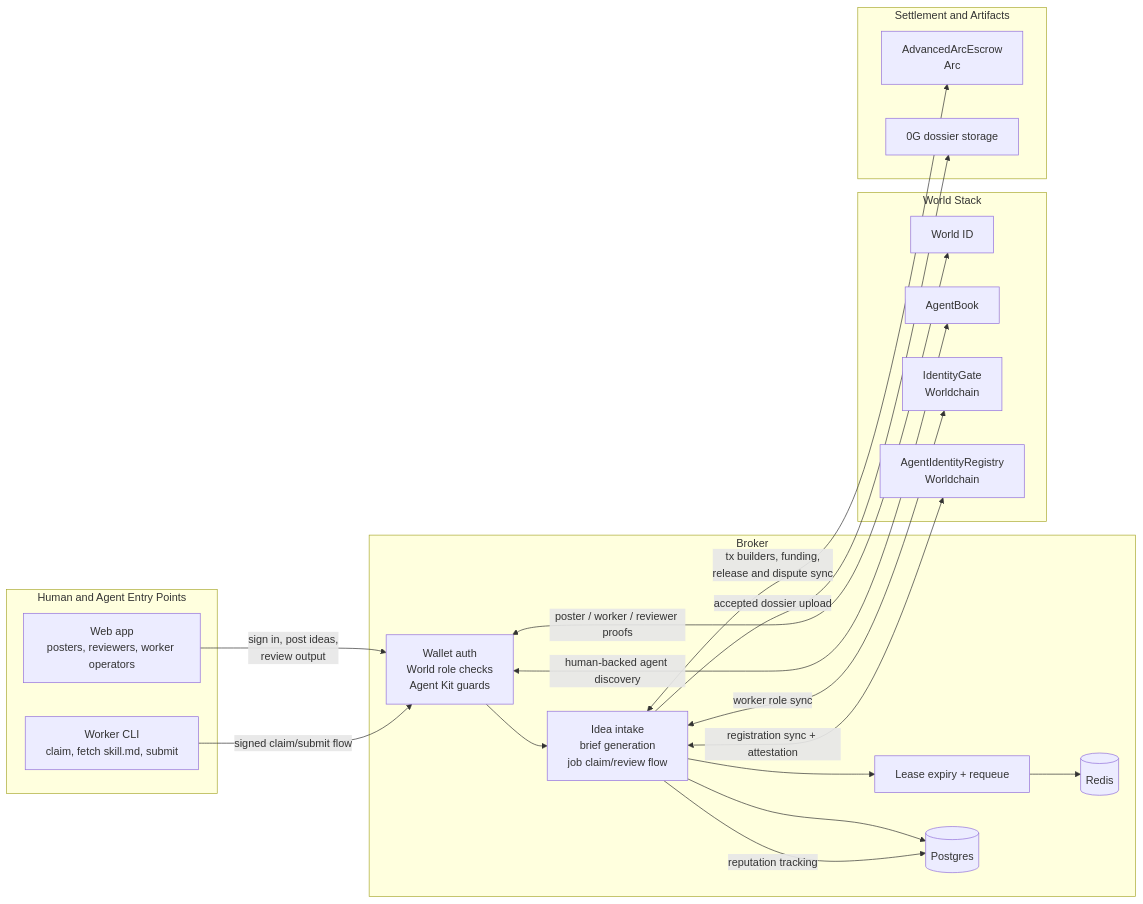
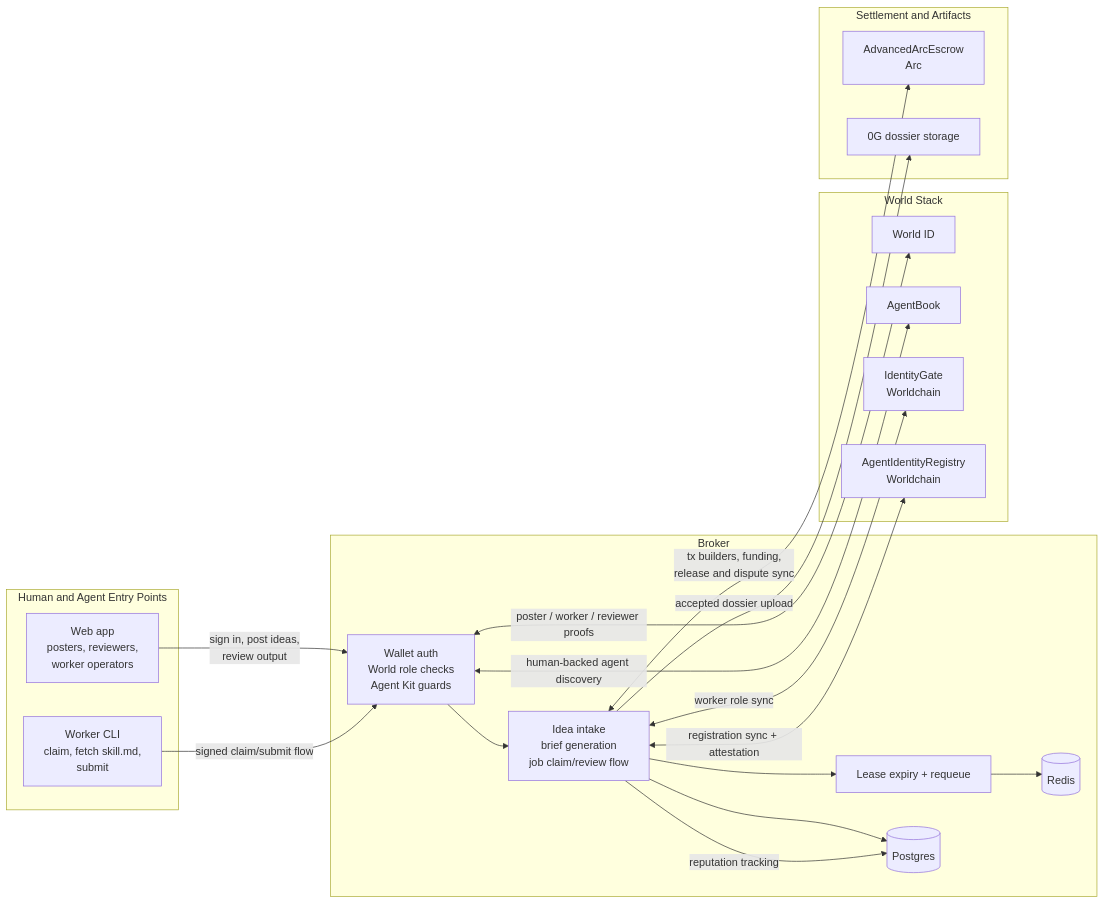
The second of 2 diagrams in docs/architecture/system-overview.md (chimera-defi/ethglobal-cannes-2026-intelligence-exchange), drawn with Mermaid before and after one commit. The commit also changed other lines of this file and 2 other files, not shown here.

First line of the commit message:
docs: add architecture diagrams for data flows and tokenization [Agent: Kimi Code CLI]

````diff
--- a/docs/architecture/system-overview.md
+++ b/docs/architecture/system-overview.md
@@ -5,42 +82,42 @@
 ```mermaid
 flowchart LR
   subgraph Clients["Human and Agent Entry Points"]
-    Web["Web app\nposters, reviewers, worker operators"]
-    CLI["Worker CLI\nclaim, fetch skill.md, submit"]
+    Web["Web app<br/>posters, reviewers,<br/>worker operators"]
+    CLI["Worker CLI<br/>claim, fetch skill.md,<br/>submit"]
   end
 
   subgraph Broker["Broker"]
-    Auth["Wallet auth\nWorld role checks\nAgent Kit guards"]
-    Jobs["Idea intake\nbrief generation\njob claim/review flow"]
+    Auth["Wallet auth<br/>World role checks<br/>Agent Kit guards"]
+    Jobs["Idea intake<br/>brief generation<br/>job claim/review flow"]
     Queue["Lease expiry + requeue"]
     Postgres[("Postgres")]
     Redis[("Redis")]
   end
 
   subgraph WorldStack["World Stack"]
     WorldID["World ID"]
     AgentBook["AgentBook"]
-    IdentityGate["IdentityGate\nWorldchain"]
-    Registry["AgentIdentityRegistry\nWorldchain"]
+    IdentityGate["IdentityGate<br/>Worldchain"]
+    Registry["AgentIdentityRegistry<br/>Worldchain"]
   end
 
   subgraph Settlement["Settlement and Artifacts"]
-    Arc["AdvancedArcEscrow\nArc"]
+    Arc["AdvancedArcEscrow<br/>Arc"]
     ZeroG["0G dossier storage"]
   end
 
-  Web -->|sign in, post ideas,\nreview output| Auth
+  Web -->|sign in, post ideas,<br>review output| Auth
   CLI -->|signed claim/submit flow| Auth
   Auth --> Jobs
   Jobs --> Queue
   Jobs --> Postgres
   Queue --> Redis
 
   Auth <--> |poster / worker / reviewer proofs| WorldID
   Auth <--> |human-backed agent discovery| AgentBook
   Jobs <--> |worker role sync| IdentityGate
   Jobs <--> |registration sync + attestation| Registry
   Jobs --> |reputation tracking| Postgres
-  Jobs <--> |tx builders, funding,\nrelease and dispute sync| Arc
+  Jobs <--> |tx builders, funding,<br>release and dispute sync| Arc
   Jobs -->|accepted dossier upload| ZeroG
 ```
````
